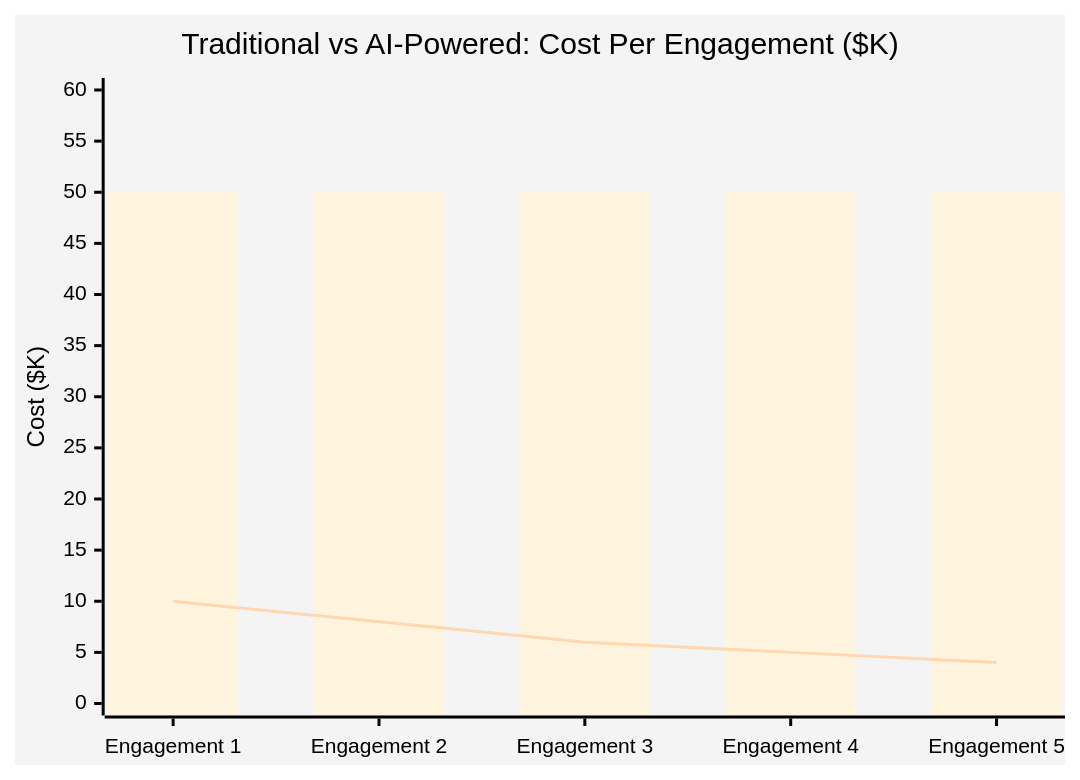
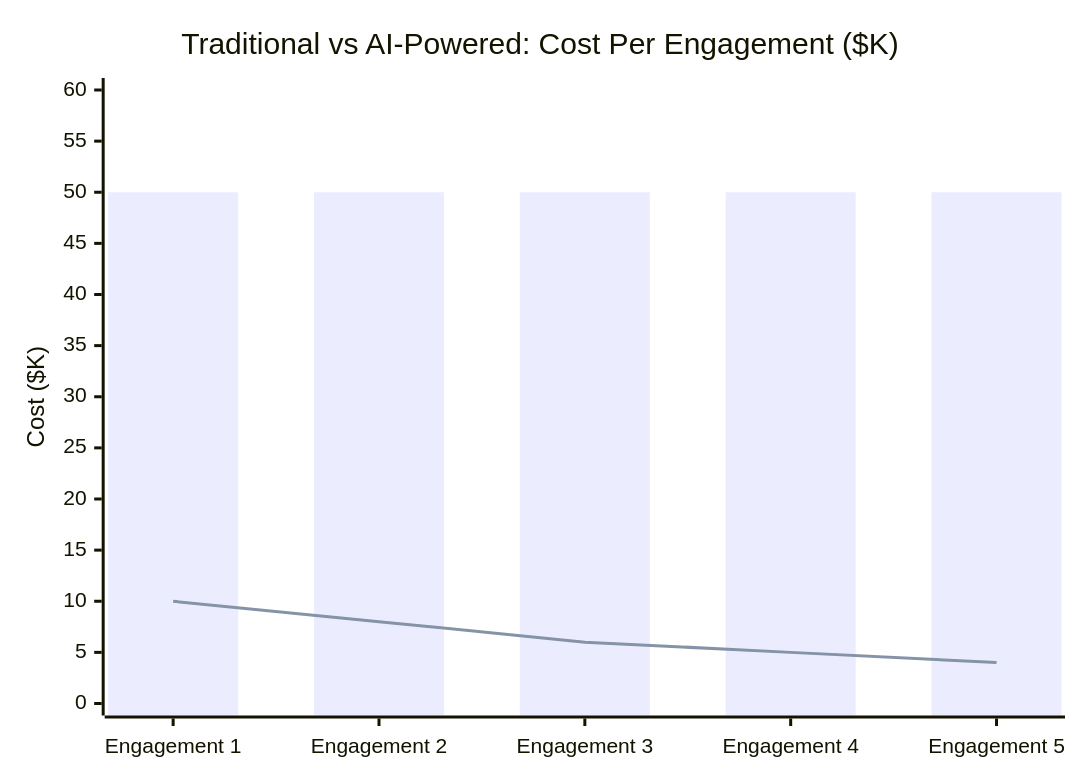
The eighth of 13 diagrams in docs/resources/ai-intelligence-ecosystem.md (Light-Brands/light-consulting), drawn with Mermaid before and after one commit. The commit also changed other lines of this file, not shown here.

First line of the commit message:
Soften mermaid diagram colors for better readability

````diff
--- a/docs/resources/ai-intelligence-ecosystem.md
+++ b/docs/resources/ai-intelligence-ecosystem.md
@@ -325,9 +326,9 @@
 ```mermaid
-%%{init: {'theme': 'base', 'themeVariables': { 'primaryColor': '#1a1a2e', 'primaryTextColor': '#000'}}}%%
+%%{init: {'theme': 'default'}}%%
 xychart-beta
     title "Traditional vs AI-Powered: Cost Per Engagement ($K)"
     x-axis ["Engagement 1", "Engagement 2", "Engagement 3", "Engagement 4", "Engagement 5"]
     y-axis "Cost ($K)" 0 --> 60
     bar [50, 50, 50, 50, 50]
     line [10, 8, 6, 5, 4]
 ```
````
